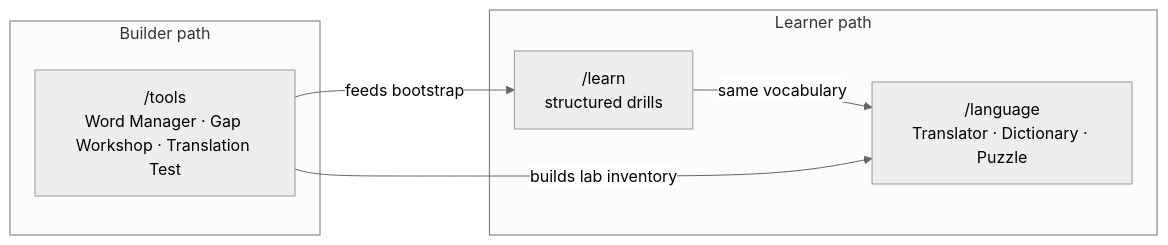
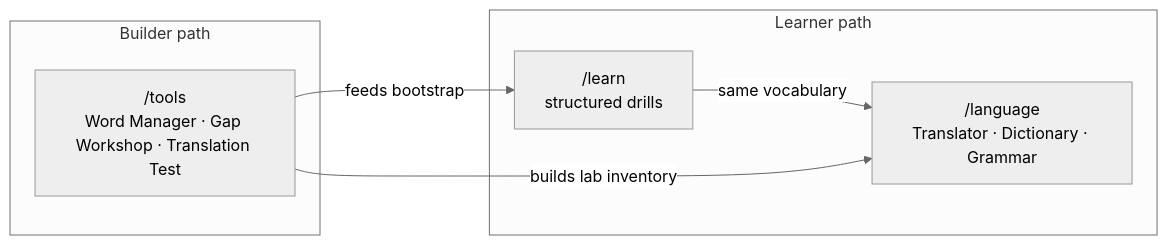
Before and after one commit to Fonora/fonora: the first of 3 diagrams in docs/fonoran-learn.md, drawn with Mermaid (neutral theme). The commit also changed other lines of this file and 180 other files, not shown here.

````diff
--- a/docs/fonoran-learn.md
+++ b/docs/fonoran-learn.md
@@ -13,13 +13,13 @@
 ```mermaid
 flowchart LR
   subgraph learner [Learner path]
     Learn["/learn\nstructured drills"]
-    Lang["/language\nTranslator · Dictionary · Puzzle"]
+    Lang["/language\nTranslator · Dictionary · Grammar"]
   end
   subgraph builder [Builder path]
     Tools["/tools\nWord Manager · Gap Workshop · Translation Test"]
   end
   Learn -->|"same vocabulary"| Lang
   Tools -->|"builds lab inventory"| Lang
   Tools -->|"feeds bootstrap"| Learn
 ```
````
